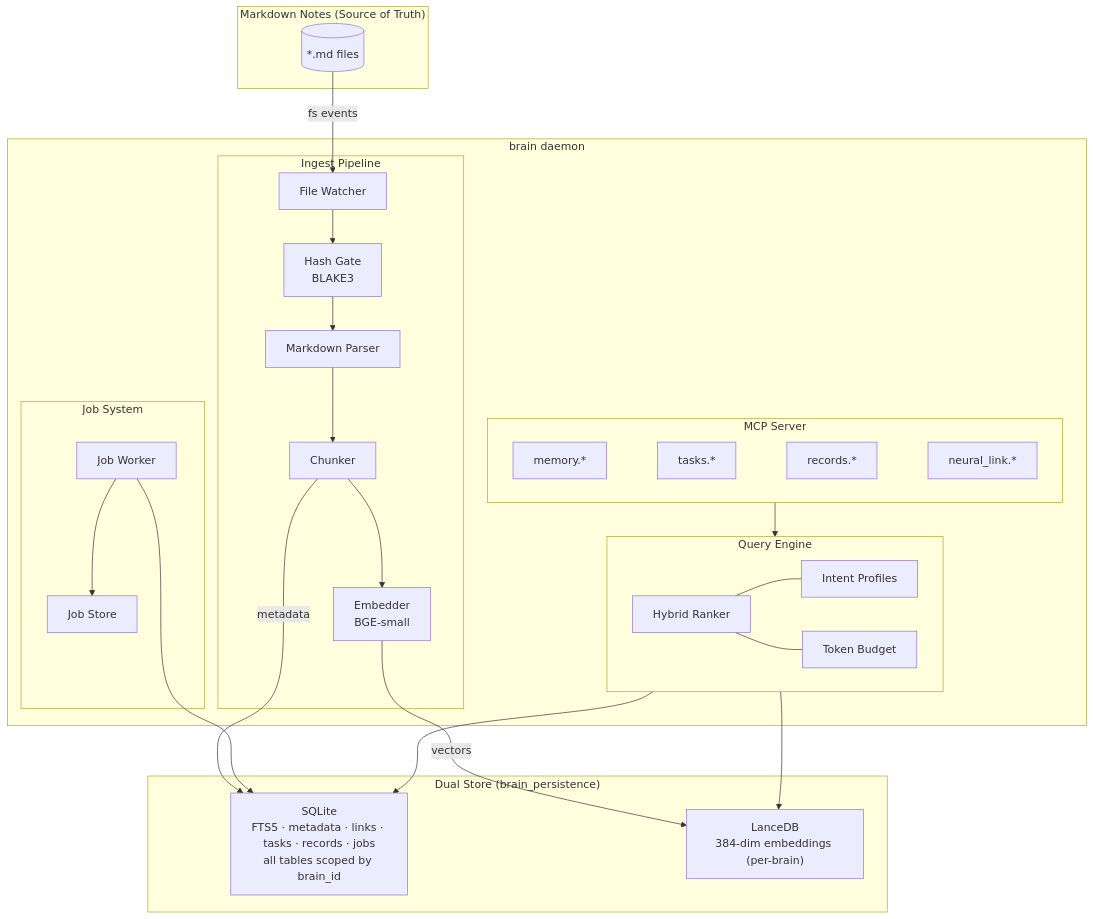
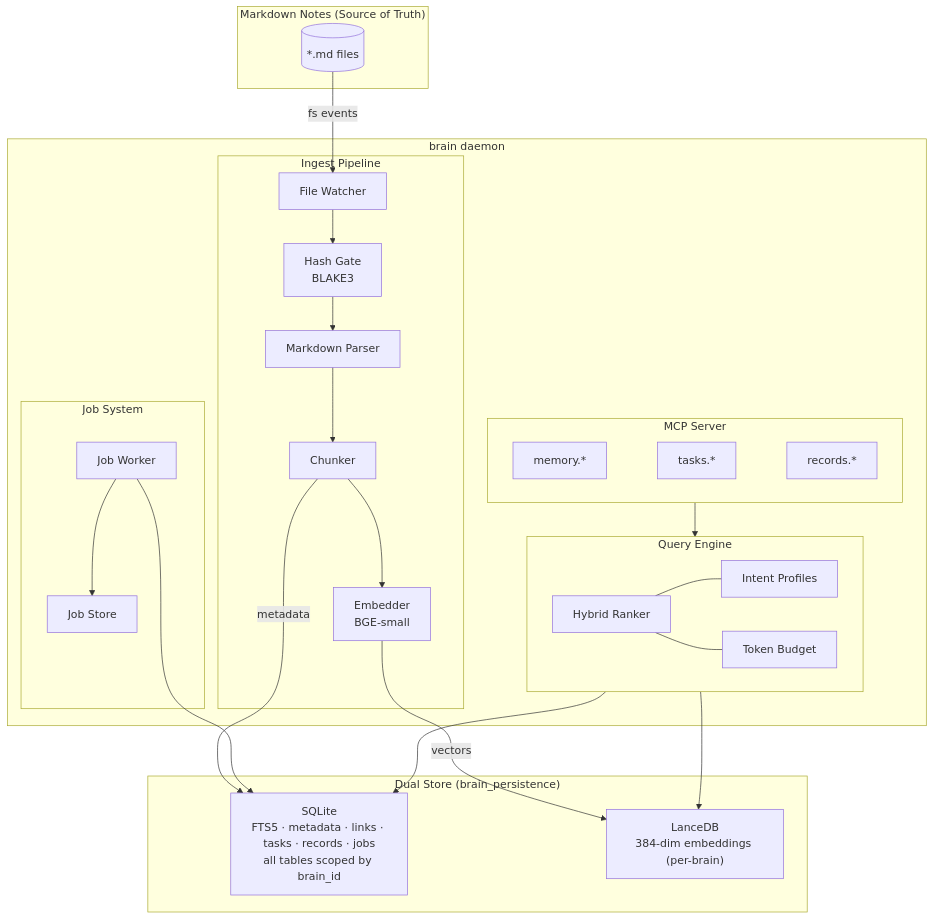
The first of 2 diagrams in README.md (benediktms/brain), drawn with Mermaid before and after one commit. The commit also changed other lines of this file and 2 other files, not shown here.

First line of the commit message:
docs(readme): correct architecture + document brain CLI prerequisite (#144)

````diff
--- a/README.md
+++ b/README.md
@@ -218,41 +223,40 @@
 ```mermaid
 graph TB
     subgraph Notes["Markdown Notes (Source of Truth)"]
         MD[("*.md files")]
     end
 
     subgraph Daemon["brain daemon"]
         subgraph Ingest["Ingest Pipeline"]
             FW[File Watcher] --> HG[Hash Gate<br/>BLAKE3]
             HG --> MP[Markdown Parser] --> CH[Chunker] --> EM[Embedder<br/>BGE-small]
         end
 
         subgraph Query["Query Engine"]
             HR[Hybrid Ranker] --- IP[Intent Profiles]
             HR --- TB[Token Budget]
         end
 
         subgraph Server["MCP Server"]
             SM["memory.*"] ~~~ TA["tasks.*"]
             TA ~~~ RC["records.*"]
-            RC ~~~ NL["neural_link.*"]
         end
 
         subgraph Jobs["Job System"]
             JW[Job Worker] --> JS[Job Store]
         end
     end
 
     subgraph Storage["Dual Store (brain_persistence)"]
         SQLite["SQLite<br/>FTS5 · metadata · links · tasks · records · jobs<br/>all tables scoped by brain_id"]
         LanceDB["LanceDB<br/>384-dim embeddings (per-brain)"]
     end
 
     MD -->|fs events| FW
     CH -->|metadata| SQLite
     EM -->|vectors| LanceDB
     Server --> Query
     Query --> SQLite
     Query --> LanceDB
     JW --> SQLite
 ```
````
